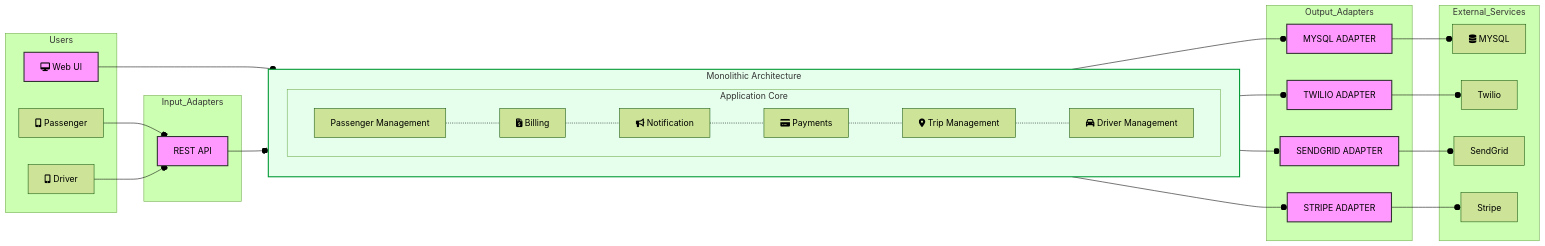
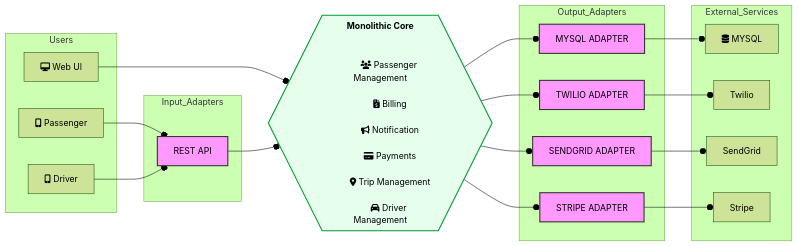
Before and after one commit to docenciait/CursoV1: the first of 17 diagrams in B1/Tema1/Tema1.md, drawn with Mermaid (forest theme).

````diff
--- a/B1/Tema1/Tema1.md
+++ b/B1/Tema1/Tema1.md
@@ -162,65 +162,58 @@
 ```mermaid
 graph LR
     subgraph Users
         Passenger[fa:fa-mobile-alt Passenger]
         Driver[fa:fa-mobile-alt Driver]
         WebUI[fa:fa-desktop Web UI]
     end
 
     subgraph Input_Adapters
         RestAPI[REST API]
     end
 
-    subgraph Monolithic_Architecture ["Monolithic Architecture"]
-        direction TB
-        style Monolithic_Architecture fill:#e6ffed,stroke:#009933,stroke-width:2px
-
-        subgraph Core [Application Core]
-            style Core fill:#e6ffed
-            Passenger_Mgmt[Passenger Management]
-            Billing[fa:fa-file-invoice-dollar Billing]
-            Notification[fa:fa-bullhorn Notification]
-            Payments[fa:fa-credit-card Payments]
-            Trip_Mgmt[fa:fa-map-marker-alt Trip Management]
-            Driver_Mgmt[fa:fa-car Driver Management]
-        end
-        %% Internal links aren't shown, just grouping
-        Passenger_Mgmt -.- Billing -.- Notification -.- Payments -.- Trip_Mgmt -.- Driver_Mgmt
-    end
-
+    %% -- Núcleo Monolítico como Hexágono --
+    Core{{<b>Monolithic Core</b><br/><br/>
+        fa:fa-users Passenger Management<br/>
+        fa:fa-file-invoice-dollar Billing<br/>
+        fa:fa-bullhorn Notification<br/>
+        fa:fa-credit-card Payments<br/>
+        fa:fa-map-marker-alt Trip Management<br/>
+        fa:fa-car Driver Management}}
 
     subgraph Output_Adapters
         MySQL_Adapter[MYSQL ADAPTER]
         Twilio_Adapter[TWILIO ADAPTER]
         SendGrid_Adapter[SENDGRID ADAPTER]
         Stripe_Adapter[STRIPE ADAPTER]
     end
 
     subgraph External_Services
         MySQL[fa:fa-database MYSQL]
         Twilio[Twilio]
         SendGrid[SendGrid]
         Stripe[Stripe]
     end
 
-    %% Connections
+    %% -- Conexiones --
     Passenger --o RestAPI
     Driver --o RestAPI
     WebUI --o Core
 
     RestAPI --o Core
 
     Core --o MySQL_Adapter
     Core --o Twilio_Adapter
     Core --o SendGrid_Adapter
     Core --o Stripe_Adapter
 
     MySQL_Adapter --o MySQL
     Twilio_Adapter --o Twilio
     SendGrid_Adapter --o SendGrid
     Stripe_Adapter --o Stripe
 
-    %% Styling (Optional - basic)
+    %% -- Estilos --
+    style Core fill:#e6ffed,stroke:#009933,stroke-width:2px;
     classDef adapter fill:#f9f,stroke:#333,stroke-width:2px;
-    class RestAPI,WebUI,MySQL_Adapter,Twilio_Adapter,SendGrid_Adapter,Stripe_Adapter adapter;
+    %% Quitado WebUI de la clase adapter ya que no es un adaptador en el mismo sentido
+    class RestAPI,MySQL_Adapter,Twilio_Adapter,SendGrid_Adapter,Stripe_Adapter adapter;
 ```
````
